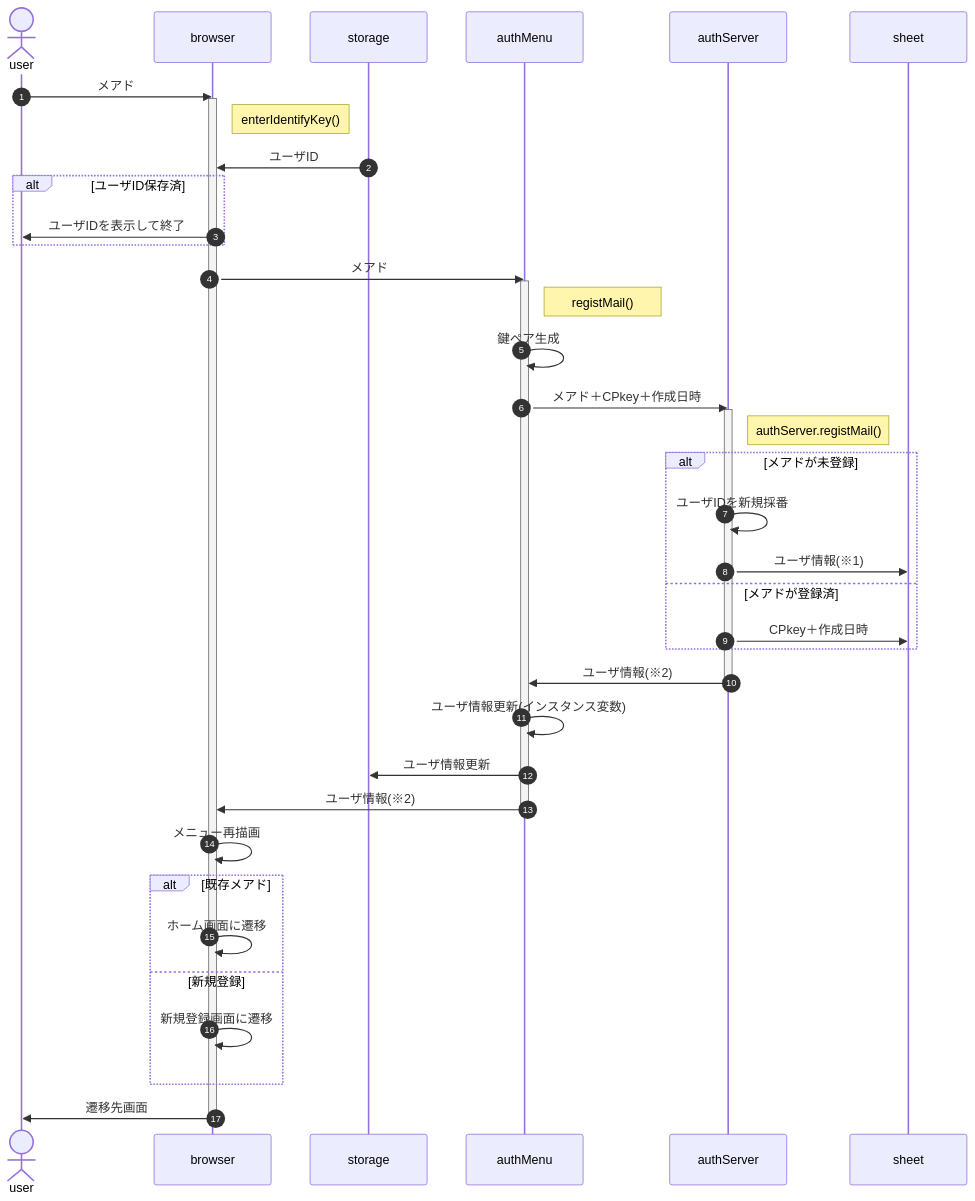
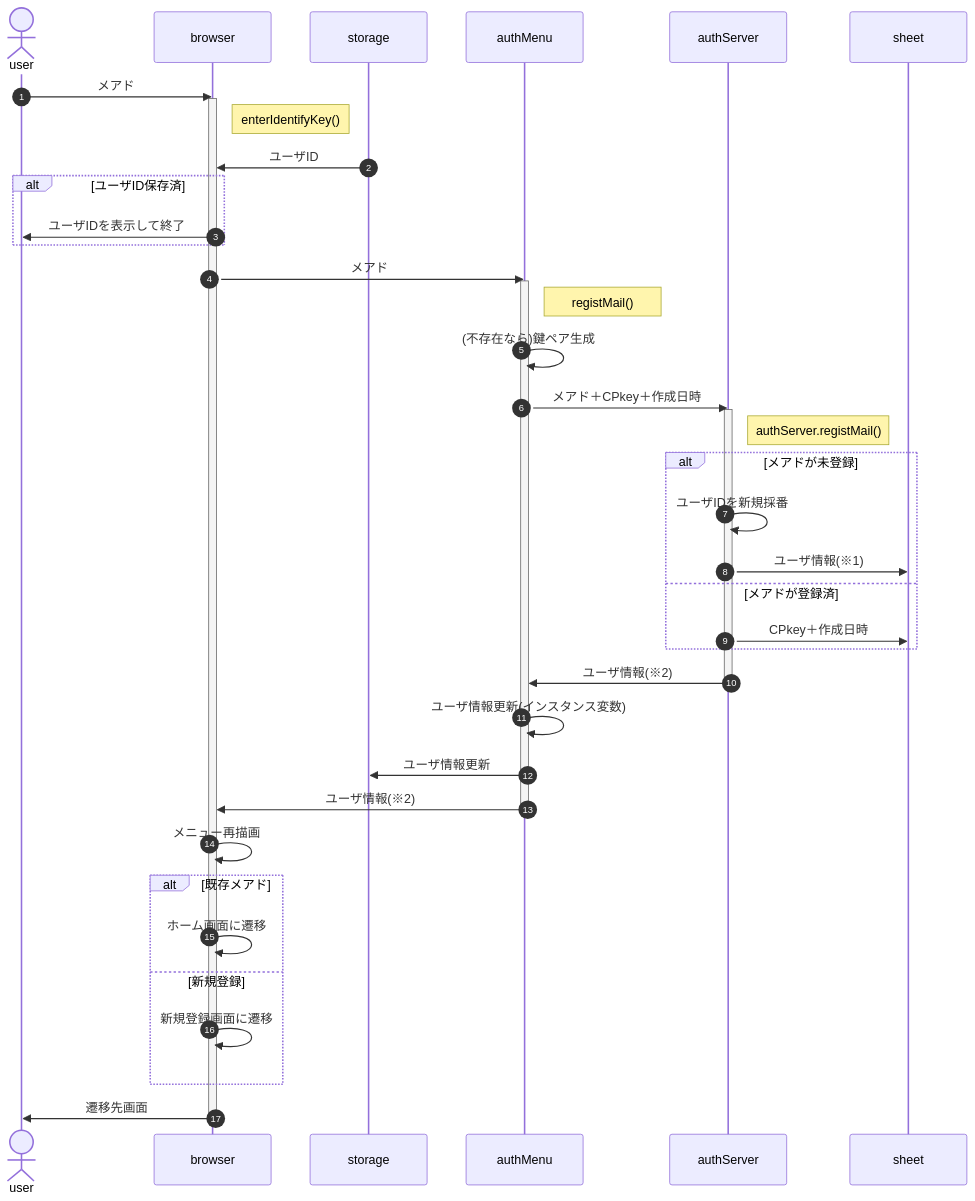
One commit to nakaone/library changed the diagram in authMenu/1.0.0/doc/entry.md. Above: the diagram before and after it, drawn with Mermaid. The commit also changed other lines of this file and 2 other files, not shown here.

````diff
--- a/authMenu/1.0.0/doc/entry.md
+++ b/authMenu/1.0.0/doc/entry.md
@@ -5,46 +5,46 @@
 ```mermaid
 sequenceDiagram
   autonumber
   actor user
   participant browser
   participant storage
   participant client as authMenu
   participant server as authServer
   participant sheet
 
   user ->> browser : メアド
   activate browser
   Note right of browser : enterIdentifyKey()
   storage ->> browser : ユーザID
   alt ユーザID保存済
     browser ->> user : ユーザIDを表示して終了
   end
   browser ->> client : メアド
   activate client
   Note right of client : registMail()
-  client ->> client : 鍵ペア生成
+  client ->> client : (不存在なら)鍵ペア生成
   client ->> server : メアド＋CPkey＋作成日時
   activate server
   Note right of server : authServer.registMail()
   alt メアドが未登録
     server ->> server : ユーザIDを新規採番
     server ->> sheet : ユーザ情報(※1)
   else メアドが登録済
     server ->> sheet : CPkey＋作成日時
   end
   server ->> client : ユーザ情報(※2)
   deactivate server
 
   client ->> client : ユーザ情報更新(インスタンス変数)
   client ->> storage : ユーザ情報更新
   client ->> browser : ユーザ情報(※2)
   deactivate client
   browser ->> browser : メニュー再描画
   alt 既存メアド
     browser ->> browser : ホーム画面に遷移
   else 新規登録
     browser ->> browser : 新規登録画面に遷移
   end
   browser ->> user : 遷移先画面
   deactivate browser
 ```
````
